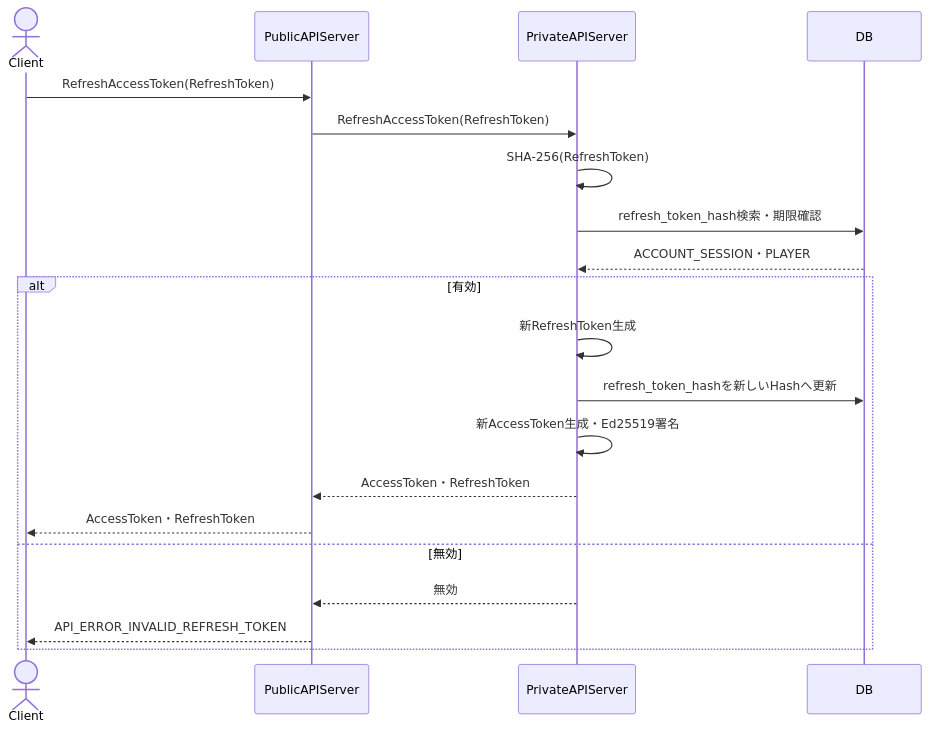
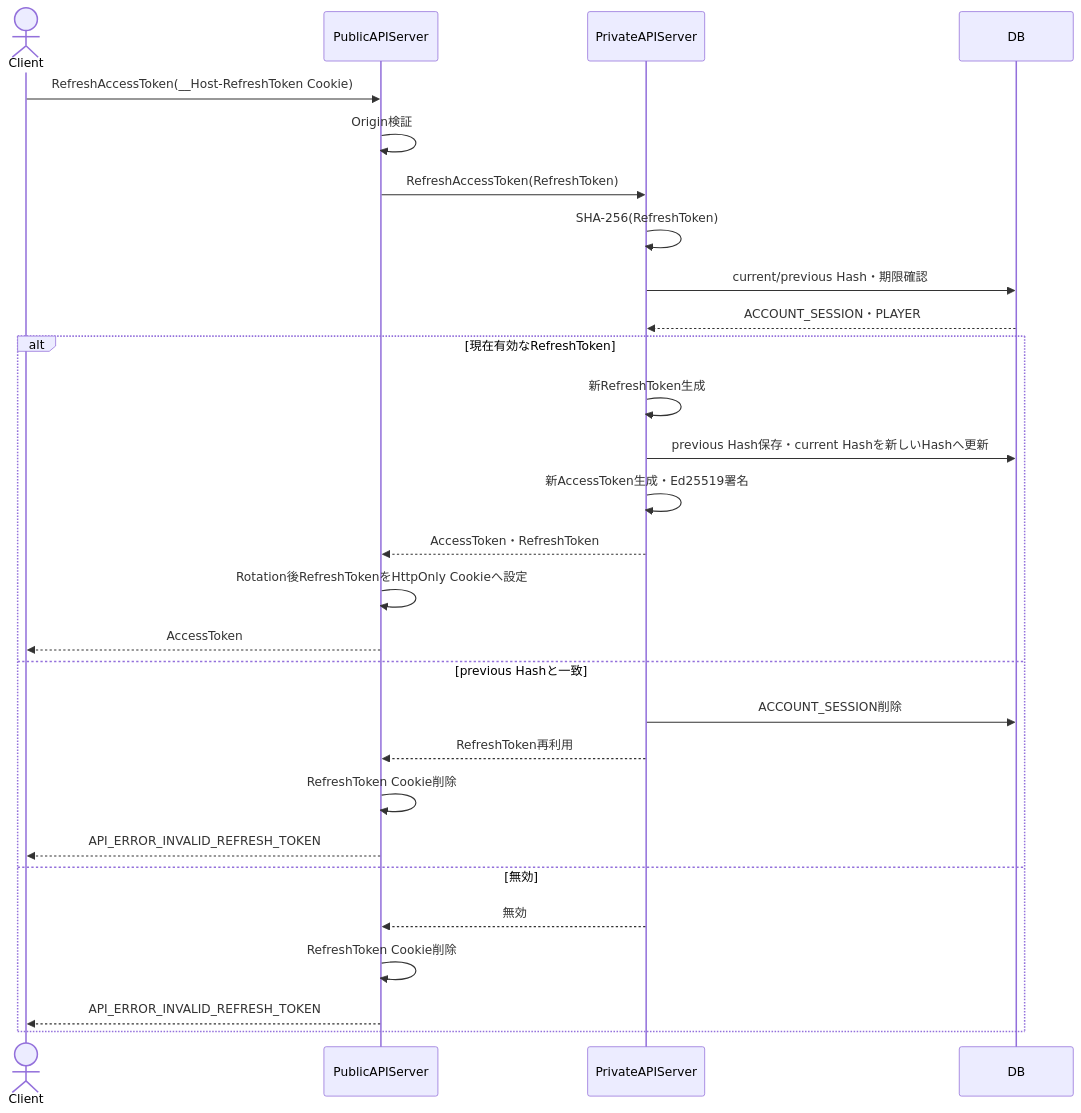
Before and after one commit to ReHydrangeaOdyssey/Specifications: the third of 4 diagrams in design/session.md, drawn with Mermaid. The commit also changed other lines of this file and 10 other files, not shown here.

````diff
--- a/design/session.md
+++ b/design/session.md
@@ -212,24 +232,32 @@
 ```mermaid
 sequenceDiagram
     actor Client
     participant PublicAPIServer
     participant PrivateAPIServer
     participant DB
 
-    Client->>PublicAPIServer: RefreshAccessToken(RefreshToken)
+    Client->>PublicAPIServer: RefreshAccessToken(__Host-RefreshToken Cookie)
+    PublicAPIServer->>PublicAPIServer: Origin検証
     PublicAPIServer->>PrivateAPIServer: RefreshAccessToken(RefreshToken)
     PrivateAPIServer->>PrivateAPIServer: SHA-256(RefreshToken)
-    PrivateAPIServer->>DB: refresh_token_hash検索・期限確認
+    PrivateAPIServer->>DB: current/previous Hash・期限確認
     DB-->>PrivateAPIServer: ACCOUNT_SESSION・PLAYER
 
-    alt 有効
+    alt 現在有効なRefreshToken
         PrivateAPIServer->>PrivateAPIServer: 新RefreshToken生成
-        PrivateAPIServer->>DB: refresh_token_hashを新しいHashへ更新
+        PrivateAPIServer->>DB: previous Hash保存・current Hashを新しいHashへ更新
         PrivateAPIServer->>PrivateAPIServer: 新AccessToken生成・Ed25519署名
         PrivateAPIServer-->>PublicAPIServer: AccessToken・RefreshToken
-        PublicAPIServer-->>Client: AccessToken・RefreshToken
+        PublicAPIServer->>PublicAPIServer: Rotation後RefreshTokenをHttpOnly Cookieへ設定
+        PublicAPIServer-->>Client: AccessToken
+    else previous Hashと一致
+        PrivateAPIServer->>DB: ACCOUNT_SESSION削除
+        PrivateAPIServer-->>PublicAPIServer: RefreshToken再利用
+        PublicAPIServer->>PublicAPIServer: RefreshToken Cookie削除
+        PublicAPIServer-->>Client: API_ERROR_INVALID_REFRESH_TOKEN
     else 無効
         PrivateAPIServer-->>PublicAPIServer: 無効
+        PublicAPIServer->>PublicAPIServer: RefreshToken Cookie削除
         PublicAPIServer-->>Client: API_ERROR_INVALID_REFRESH_TOKEN
     end
 ```
````
